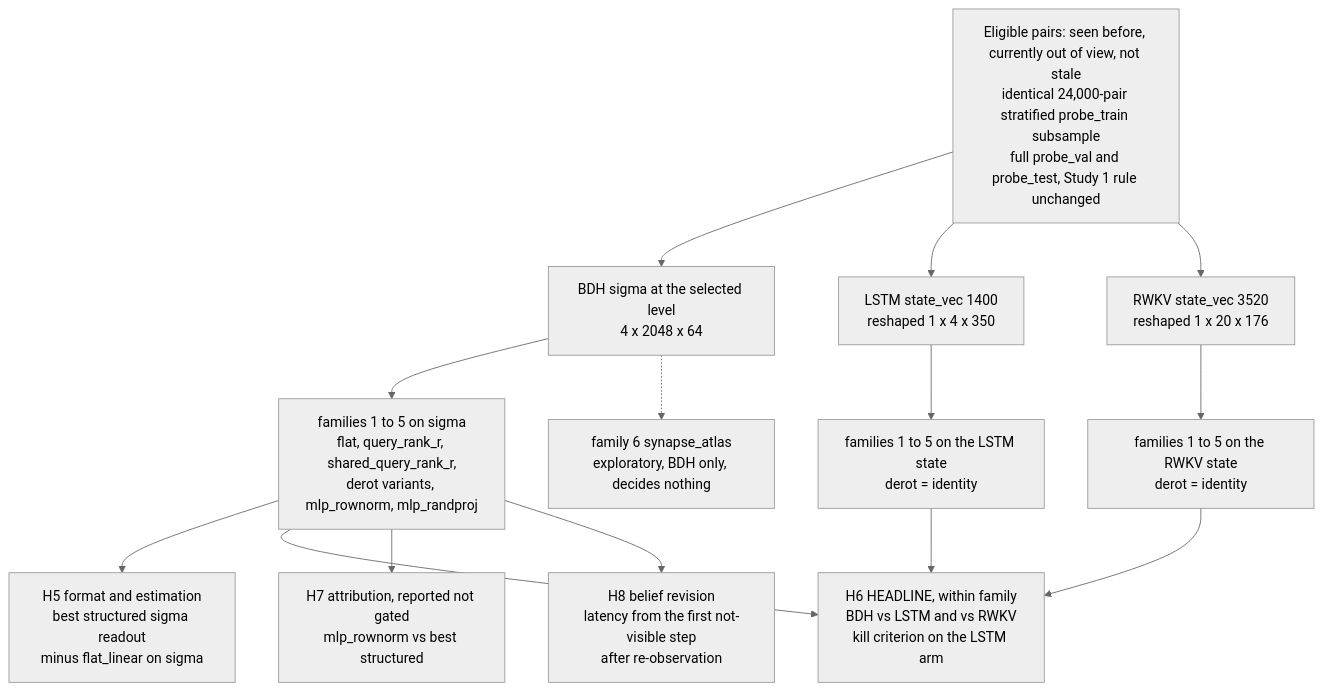
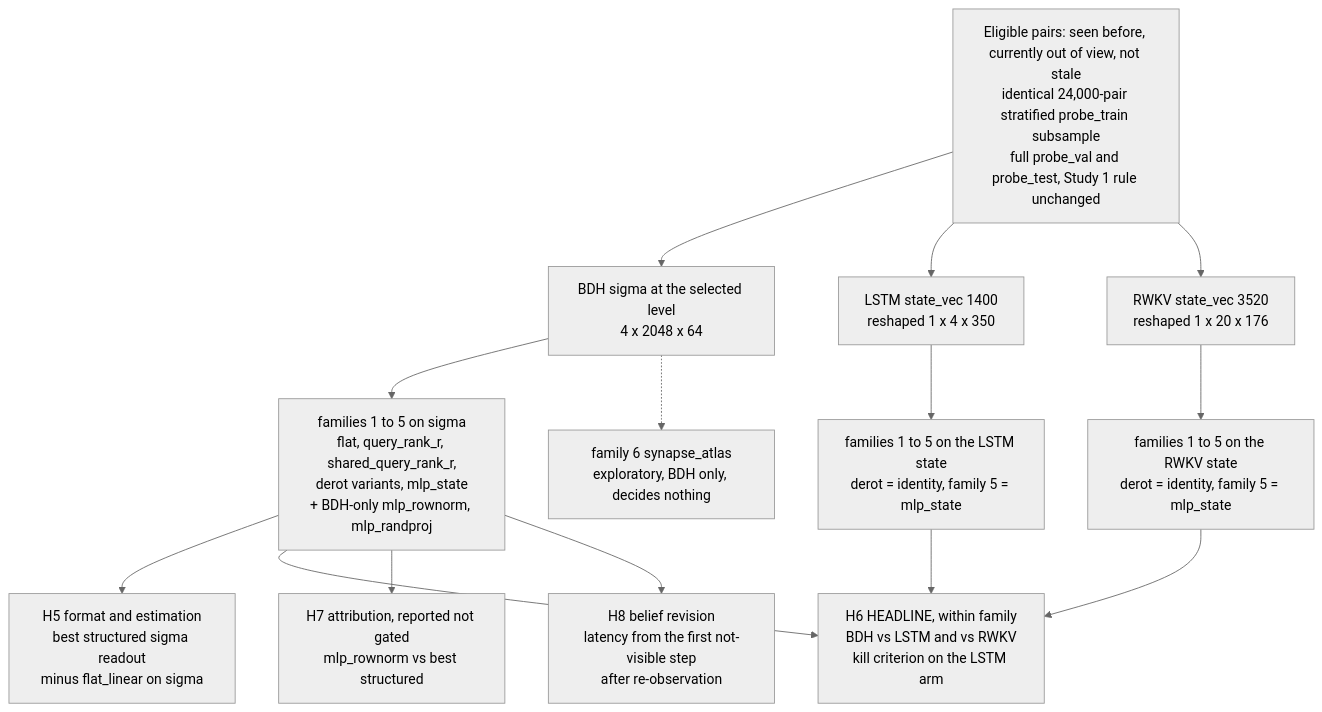
One commit to CainPatel/hebbian-belief-state-world-model changed the diagram in docs/superpowers/specs/2026-08-27-hbwm-study2-associative-readout-design.md. Above: the diagram before and after it, drawn with Mermaid (neutral theme). The commit also changed other lines of this file and 1 other file, not shown here.

Commit message:
docs: Study 2 derotation order correction and family 5 matched arm rulings

````diff
--- a/docs/superpowers/specs/2026-08-27-hbwm-study2-associative-readout-design.md
+++ b/docs/superpowers/specs/2026-08-27-hbwm-study2-associative-readout-design.md
@@ -154,25 +163,25 @@
 ```mermaid
 flowchart TD
     P["Eligible pairs: seen before, currently out of view, not stale<br/>identical 24,000-pair stratified probe_train subsample<br/>full probe_val and probe_test, Study 1 rule unchanged"]
 
     P --> S1
     P --> S2
     P --> S3
 
     S1["BDH sigma at the selected level<br/>4 x 2048 x 64"]
     S2["LSTM state_vec 1400<br/>reshaped 1 x 4 x 350"]
     S3["RWKV state_vec 3520<br/>reshaped 1 x 20 x 176"]
 
-    S1 --> FB["families 1 to 5 on sigma<br/>flat, query_rank_r, shared_query_rank_r,<br/>derot variants, mlp_rownorm, mlp_randproj"]
-    S2 --> FL["families 1 to 5 on the LSTM state<br/>derot = identity"]
-    S3 --> FR["families 1 to 5 on the RWKV state<br/>derot = identity"]
+    S1 --> FB["families 1 to 5 on sigma<br/>flat, query_rank_r, shared_query_rank_r,<br/>derot variants, mlp_state<br/>+ BDH-only mlp_rownorm, mlp_randproj"]
+    S2 --> FL["families 1 to 5 on the LSTM state<br/>derot = identity, family 5 = mlp_state"]
+    S3 --> FR["families 1 to 5 on the RWKV state<br/>derot = identity, family 5 = mlp_state"]
 
     FB --> H5["H5 format and estimation<br/>best structured sigma readout<br/>minus flat_linear on sigma"]
     FB --> H6
     FL --> H6["H6 HEADLINE, within family<br/>BDH vs LSTM and vs RWKV<br/>kill criterion on the LSTM arm"]
     FR --> H6
     FB --> H7["H7 attribution, reported not gated<br/>mlp_rownorm vs best structured"]
     FB --> H8["H8 belief revision<br/>latency from the first not-visible step<br/>after re-observation"]
 
     S1 -.-> X["family 6 synapse_atlas<br/>exploratory, BDH only, decides nothing"]
 ```
````
